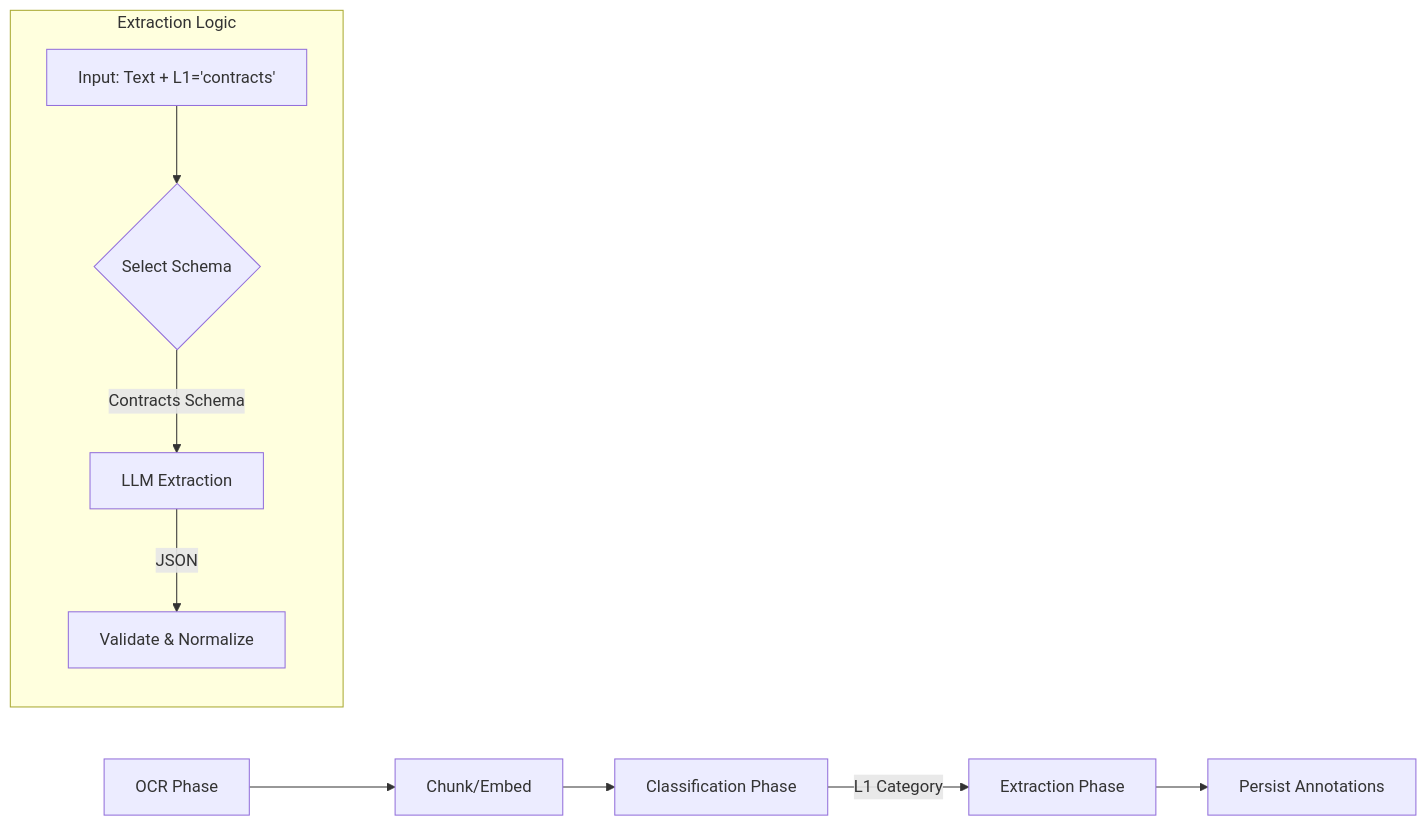
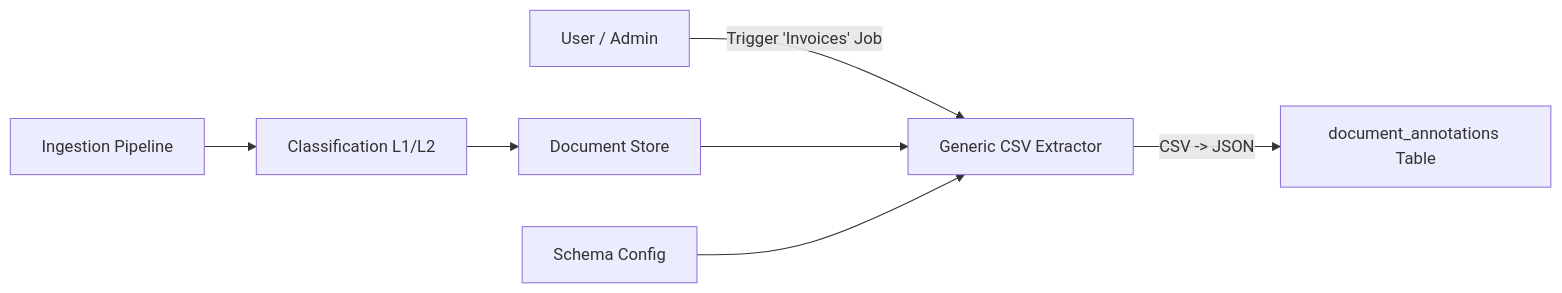
One commit to nobody-qwert/zzz_rag_xxx changed the diagram in docs/extraction_plan.md. Above: the diagram before and after it, drawn with Mermaid. The commit also changed other lines of this file and 1 other file, not shown here.

````diff
--- a/docs/extraction_plan.md
+++ b/docs/extraction_plan.md
@@ -17,13 +23,10 @@
 ```mermaid
 flowchart LR
-    OCR[OCR Phase] --> Chunk[Chunk/Embed]
-    Chunk --> Classify[Classification Phase]
-    Classify -->|L1 Category| Extract[Extraction Phase]
-    Extract --> Store[Persist Annotations]
-
-    subgraph Extraction Logic
-    id1[Input: Text + L1='contracts'] --> id2{Select Schema}
-    id2 -->|Contracts Schema| id3[LLM Extraction]
-    id3 -->|JSON| id4[Validate & Normalize]
-    end
+    Ingest[Ingestion Pipeline] --> Classify[Classification L1/L2]
+    Classify --> Store[Document Store]
+    
+    User[User / Admin] -->|Trigger 'Invoices' Job| ExtractEngine[Generic CSV Extractor]
+    Store --> ExtractEngine
+    SchemaConfig[Schema Config] --> ExtractEngine
+    ExtractEngine -->|CSV -> JSON| AnnotationsDB[document_annotations Table]
 ```
````
